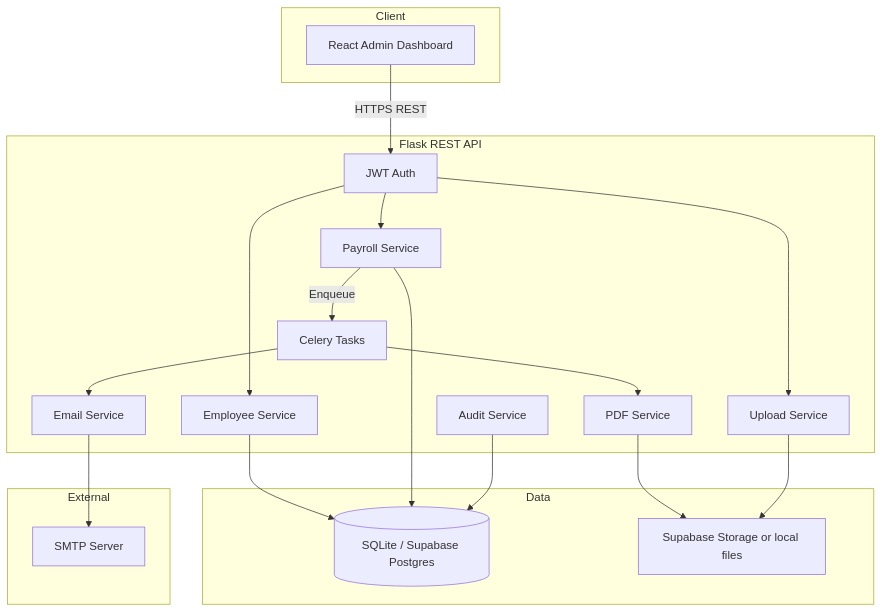
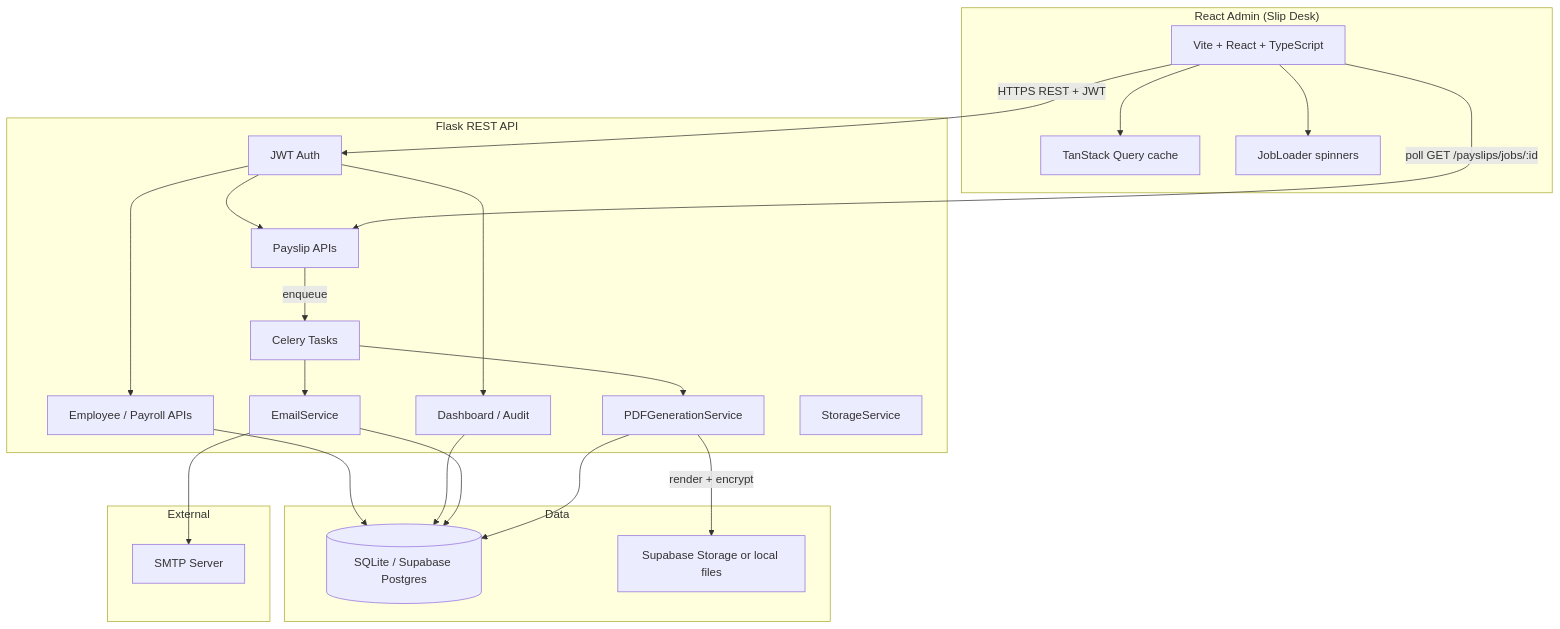
The first of 2 diagrams in docs/architecture.md (X3PH1RE/employee-salaryslip-nippon), drawn with Mermaid before and after one commit. The commit also changed other lines of this file and 1 other file, not shown here.

````diff
--- a/docs/architecture.md
+++ b/docs/architecture.md
@@ -5,35 +7,41 @@
 ```mermaid
 flowchart TB
-    subgraph Client
-        A[React Admin Dashboard]
+    subgraph Client["React Admin (Slip Desk)"]
+        A[Vite + React + TypeScript]
+        Q[TanStack Query cache]
+        L[JobLoader spinners]
+        A --> Q
+        A --> L
     end
 
     subgraph API["Flask REST API"]
         B[JWT Auth]
-        C[Employee Service]
-        D[Payroll Service]
-        E[Upload Service]
-        F[PDF Service]
-        G[Email Service]
-        H[Audit Service]
+        C[Employee / Payroll APIs]
+        P[Payslip APIs]
+        D[Dashboard / Audit]
         T[Celery Tasks]
+        F[PDFGenerationService]
+        G[EmailService]
+        S[StorageService]
     end
 
     subgraph Data
         K[(SQLite / Supabase Postgres)]
-        L[Supabase Storage or local files]
+        FS[Supabase Storage or local files]
     end
 
     subgraph External
         M[SMTP Server]
     end
 
-    A -->|HTTPS REST| B
-    B --> C & D & E
-    D -->|Enqueue| T
+    A -->|HTTPS REST + JWT| B
+    B --> C & P & D
+    P -->|enqueue| T
     T --> F & G
-    F --> L
+    F -->|render + encrypt| FS
     G --> M
-    C & D & H --> K
-    E --> L
+    C & D --> K
+    G --> K
+    F --> K
+    A -->|poll GET /payslips/jobs/:id| P
 ```
````
